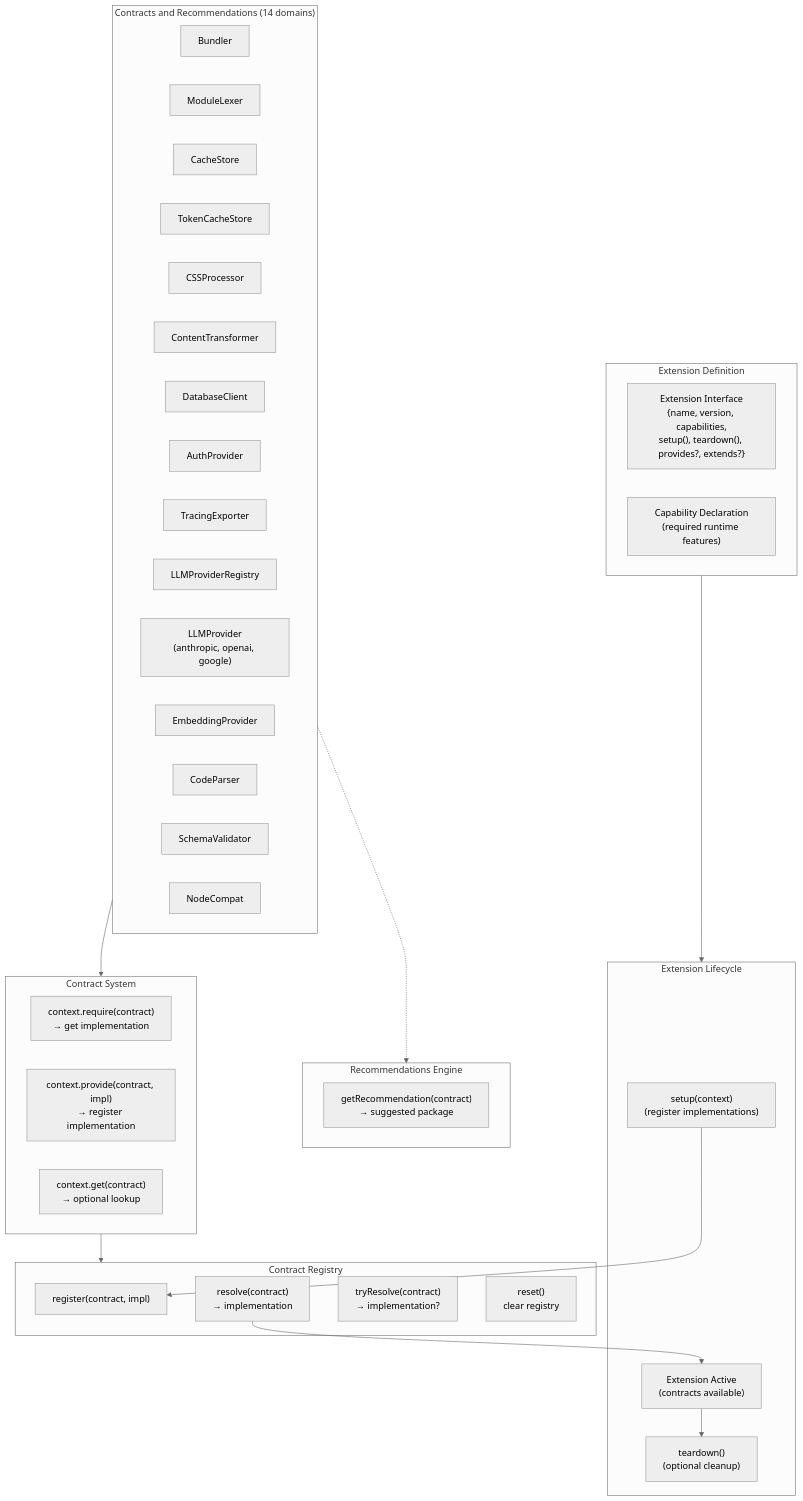
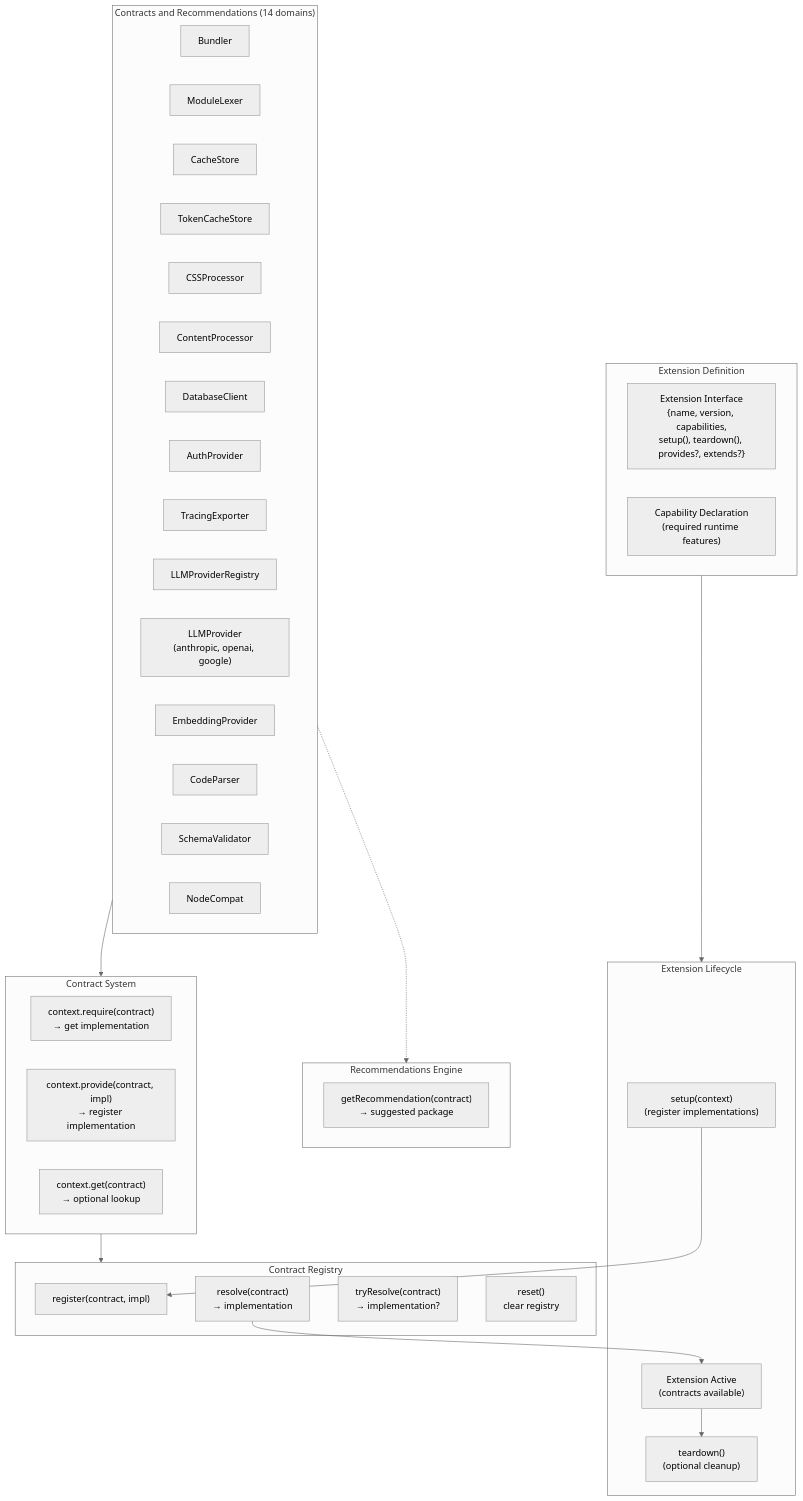
One commit to veryfront/veryfront-code changed the second of 5 diagrams in docs/architecture/06-discovery-extensions.md. Above: the diagram before and after it, drawn with Mermaid (neutral theme). The commit also changed other lines of this file and 41 other files, not shown here.

````diff
--- a/docs/architecture/06-discovery-extensions.md
+++ b/docs/architecture/06-discovery-extensions.md
@@ -94,56 +94,56 @@
 ```mermaid
 graph TB
     subgraph ExtDef["Extension Definition"]
         ExtInterface["Extension Interface<br/>{name, version, capabilities,<br/>setup(), teardown(), provides?, extends?}"]
         Capability["Capability Declaration<br/>(required runtime features)"]
     end
 
     subgraph Contracts["Contracts and Recommendations (14 domains)"]
         Bundler["Bundler"]
         ModuleLexer["ModuleLexer"]
         CacheStore["CacheStore"]
         TokenCacheStore["TokenCacheStore"]
         CSSProcessor["CSSProcessor"]
-        ContentTx["ContentTransformer"]
+        ContentTx["ContentProcessor"]
         DatabaseClient["DatabaseClient"]
         AuthProvider["AuthProvider"]
         TracingExporter["TracingExporter"]
         LLMProviderRegistry["LLMProviderRegistry"]
         LLMProvider["LLMProvider<br/>(anthropic, openai, google)"]
         EmbeddingProvider["EmbeddingProvider"]
         CodeParser["CodeParser"]
         SchemaValidator["SchemaValidator"]
         NodeCompat["NodeCompat"]
     end
 
     subgraph ContractSystem["Contract System"]
         Require["context.require(contract)<br/>→ get implementation"]
         Provide["context.provide(contract, impl)<br/>→ register implementation"]
         Get["context.get(contract)<br/>→ optional lookup"]
     end
 
     subgraph Registry2["Contract Registry"]
         Register["register(contract, impl)"]
         Resolve["resolve(contract)<br/>→ implementation"]
         TryResolve["tryResolve(contract)<br/>→ implementation?"]
         Reset["reset()<br/>clear registry"]
     end
 
     subgraph Lifecycle["Extension Lifecycle"]
         Setup["setup(context)<br/>(register implementations)"]
         Active["Extension Active<br/>(contracts available)"]
         Teardown["teardown()<br/>(optional cleanup)"]
     end
 
     subgraph Recommendations["Recommendations Engine"]
         Recommend["getRecommendation(contract)<br/>→ suggested package"]
     end
 
     Contracts --> ContractSystem
     ContractSystem --> Registry2
     ExtDef --> Lifecycle
     Setup --> Register
     Resolve --> Active
     Active --> Teardown
     Contracts -.-> Recommendations
 ```
````
